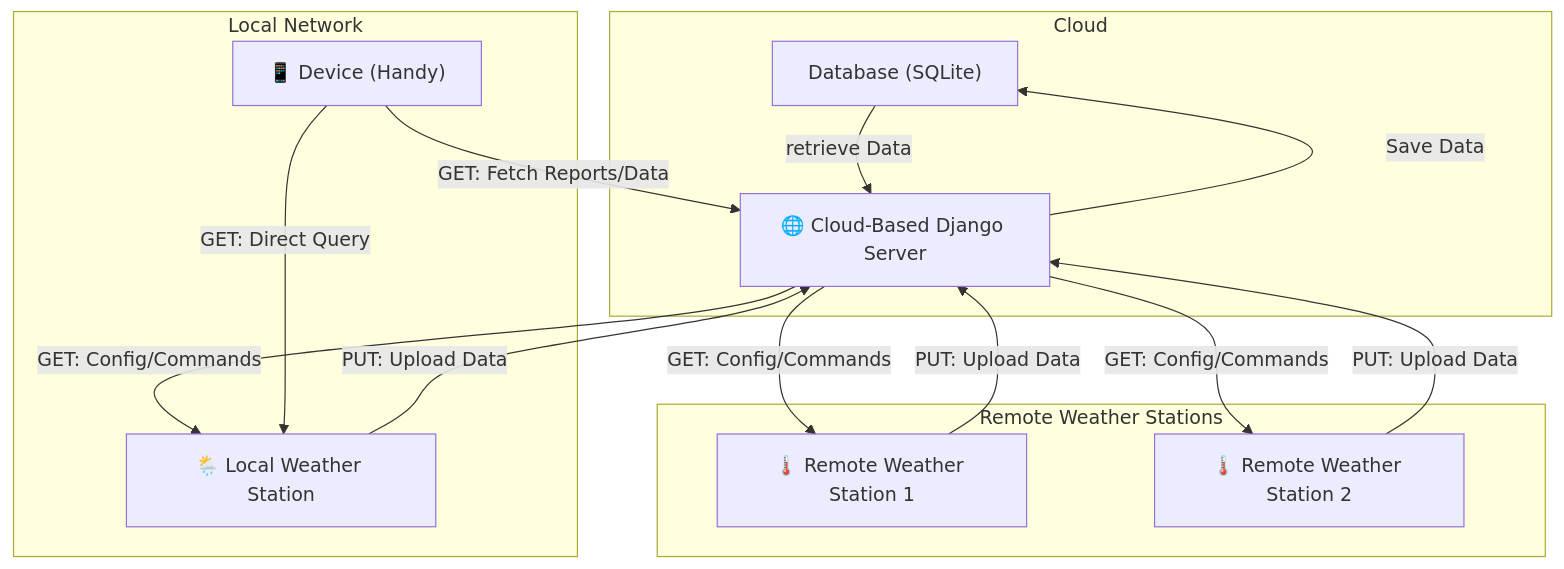
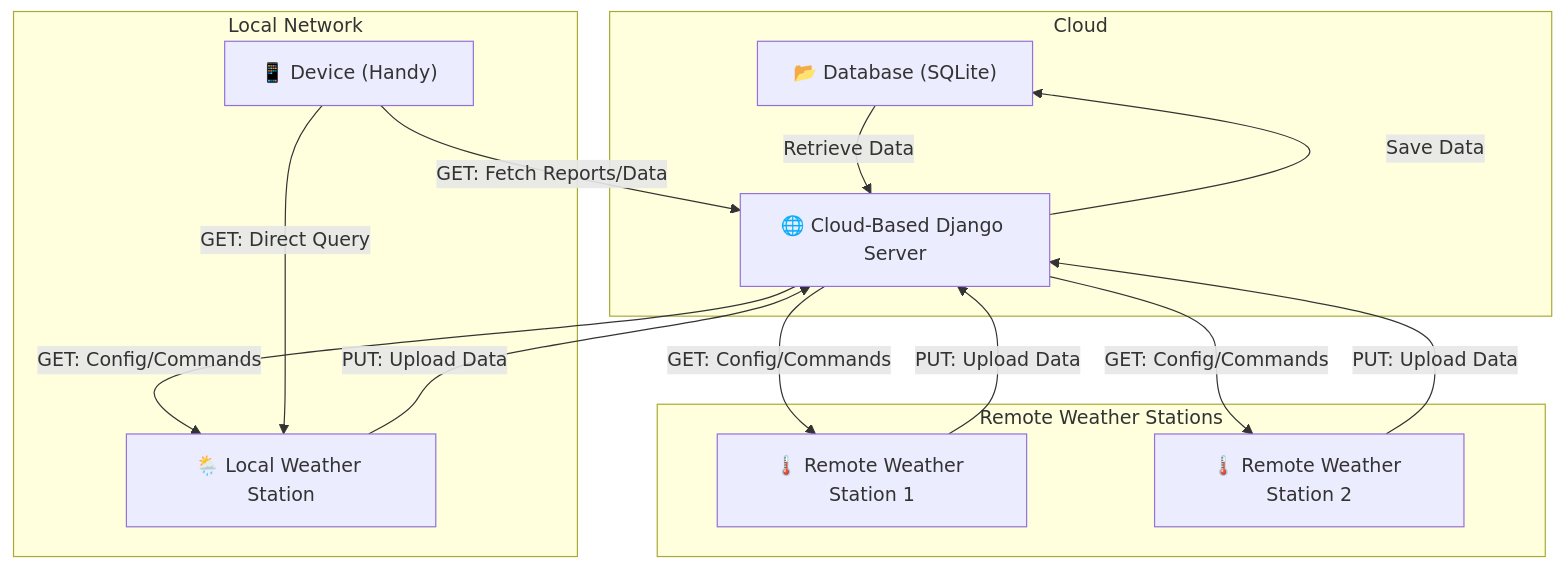
Before and after one commit to nathabee/esp32-app-meteo: the diagram in README.md, drawn with Mermaid. The commit also changed other lines of this file, not shown here.

Commit message:
add mermaid graph in readme

````diff
--- a/README.md
+++ b/README.md
@@ -24,29 +23,29 @@
 ```mermaid
 graph TD
   subgraph Cloud
-    Database["Database (SQLite)"]
+    Database["📂 Database (SQLite)"]
     DjangoServer["🌐 Cloud-Based Django Server"]
   end
 
   subgraph Remote Weather Stations
     RemoteStation1["🌡️ Remote Weather Station 1"]
     RemoteStation2["🌡️ Remote Weather Station 2"]
   end
 
   subgraph Local Network
     HandyDevice["📱 Device (Handy)"]
     LocalWeatherStation["🌦️ Local Weather Station"]
   end
 
   %% Data Flow %%
   RemoteStation1 -- "PUT: Upload Data" --> DjangoServer
   RemoteStation2 -- "PUT: Upload Data" --> DjangoServer
-  Database -- "retrieve Data" --> DjangoServer
+  Database -- "Retrieve Data" --> DjangoServer
   LocalWeatherStation -- "PUT: Upload Data" --> DjangoServer
   DjangoServer -- "GET: Config/Commands" --> RemoteStation1
   DjangoServer -- "GET: Config/Commands" --> RemoteStation2
   DjangoServer -- "Save Data" --> Database
   DjangoServer -- "GET: Config/Commands" --> LocalWeatherStation
   HandyDevice -- "GET: Fetch Reports/Data" --> DjangoServer
   HandyDevice -- "GET: Direct Query" --> LocalWeatherStation
 ```
````
